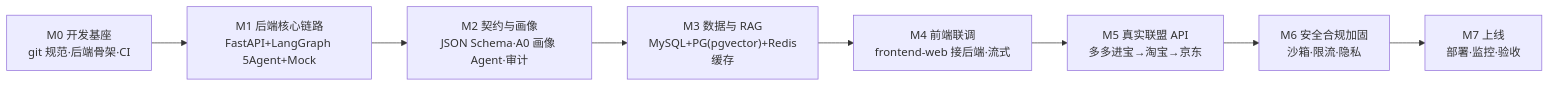
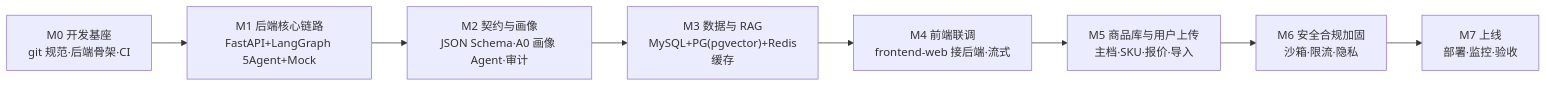
Before and after one commit to szy0607/price-agent: the first of 2 diagrams in 开发流程.md, drawn with Mermaid. The commit also changed other lines of this file and 8 other files, not shown here.

````diff
--- a/开发流程.md
+++ b/开发流程.md
@@ -27,10 +27,10 @@
 ```mermaid
 flowchart LR
     M0["M0 开发基座<br/>git 规范·后端骨架·CI"] --> M1["M1 后端核心链路<br/>FastAPI+LangGraph 5Agent+Mock"]
     M1 --> M2["M2 契约与画像<br/>JSON Schema·A0 画像 Agent·审计"]
     M2 --> M3["M3 数据与 RAG<br/>MySQL+PG(pgvector)+Redis缓存"]
     M3 --> M4["M4 前端联调<br/>frontend-web 接后端·流式"]
-    M4 --> M5["M5 真实联盟 API<br/>多多进宝→淘宝→京东"]
+    M4 --> M5["M5 商品库与用户上传<br/>主档·SKU·报价·导入"]
     M5 --> M6["M6 安全合规加固<br/>沙箱·限流·隐私"]
     M6 --> M7["M7 上线<br/>部署·监控·验收"]
 ```
````
